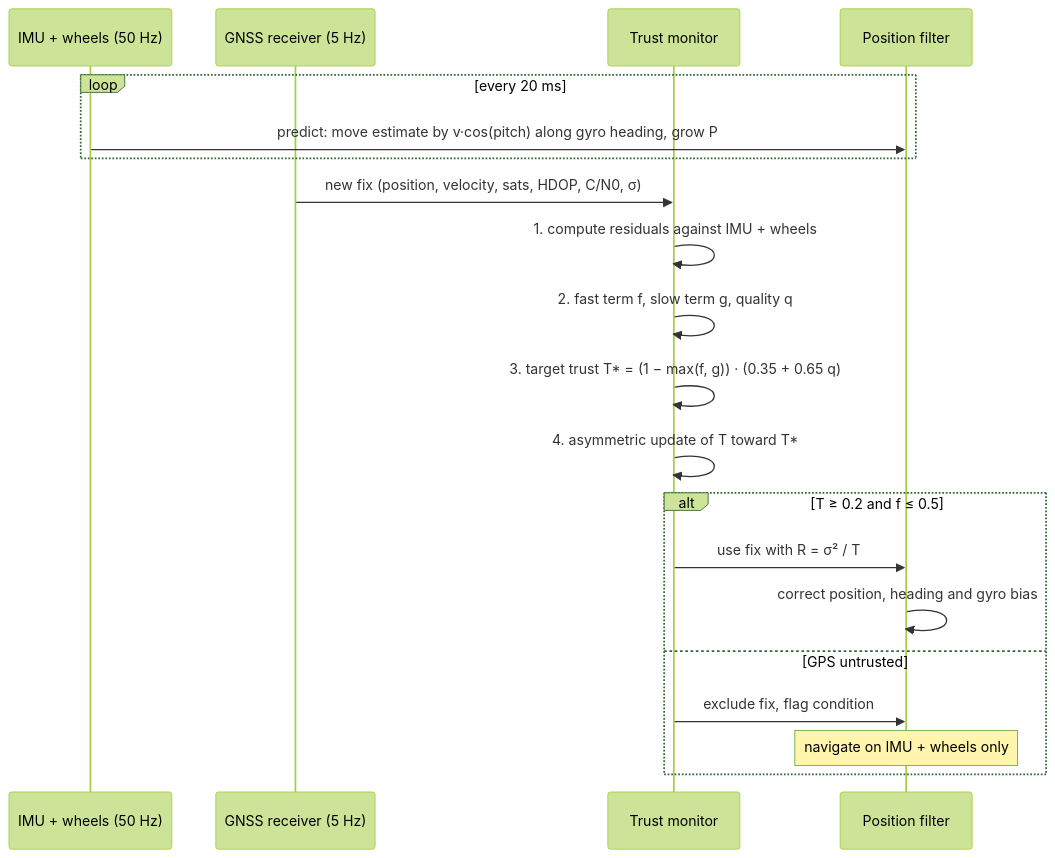
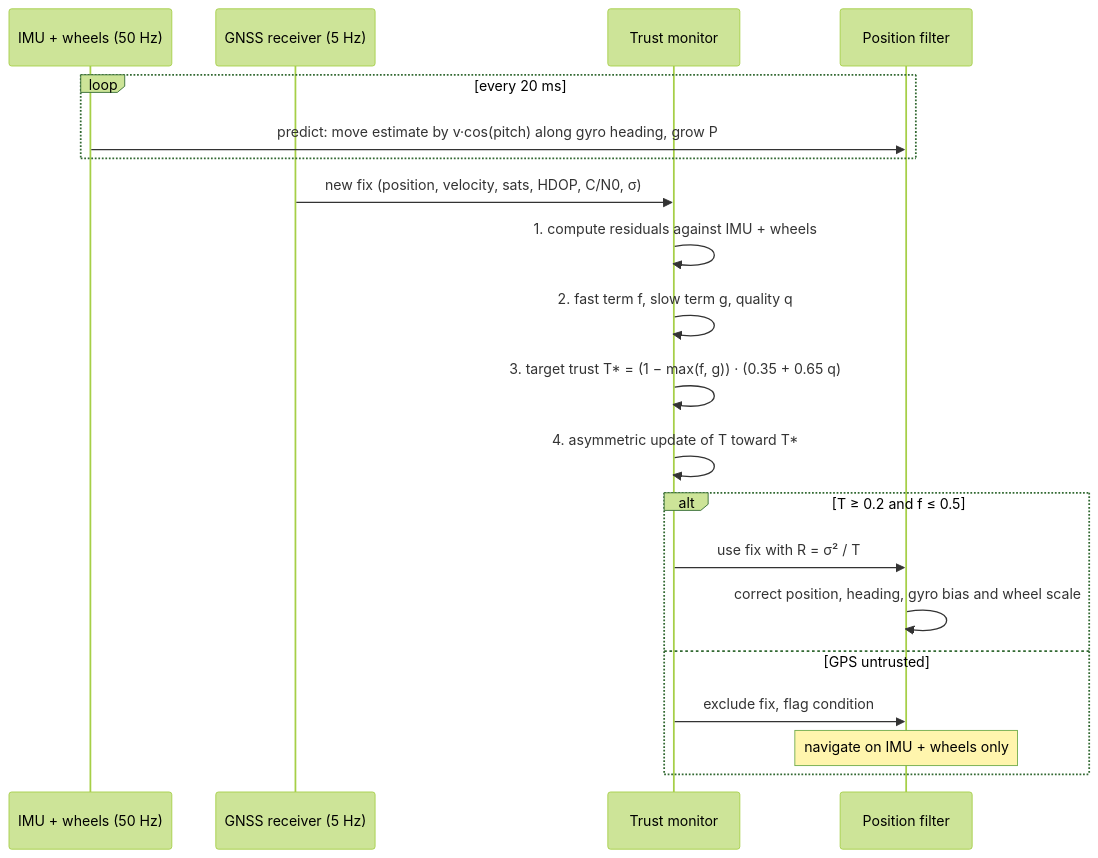
The first of 3 diagrams in README.md (Bhavarth257/gnss-sentinel), drawn with Mermaid (forest theme) before and after one commit. The commit also changed other lines of this file and 7 other files, not shown here.

````diff
--- a/README.md
+++ b/README.md
@@ -105,23 +130,23 @@
 ```mermaid
 sequenceDiagram
     participant S as IMU + wheels (50 Hz)
     participant G as GNSS receiver (5 Hz)
     participant M as Trust monitor
     participant F as Position filter
 
     loop every 20 ms
         S->>F: predict: move estimate by v·cos(pitch) along gyro heading, grow P
     end
     G->>M: new fix (position, velocity, sats, HDOP, C/N0, σ)
     M->>M: 1. compute residuals against IMU + wheels
     M->>M: 2. fast term f, slow term g, quality q
     M->>M: 3. target trust T* = (1 − max(f, g)) · (0.35 + 0.65 q)
     M->>M: 4. asymmetric update of T toward T*
     alt T ≥ 0.2 and f ≤ 0.5
         M->>F: use fix with R = σ² / T
-        F->>F: correct position, heading and gyro bias
+        F->>F: correct position, heading, gyro bias and wheel scale
     else GPS untrusted
         M->>F: exclude fix, flag condition
         Note over F: navigate on IMU + wheels only
     end
 ```
````
